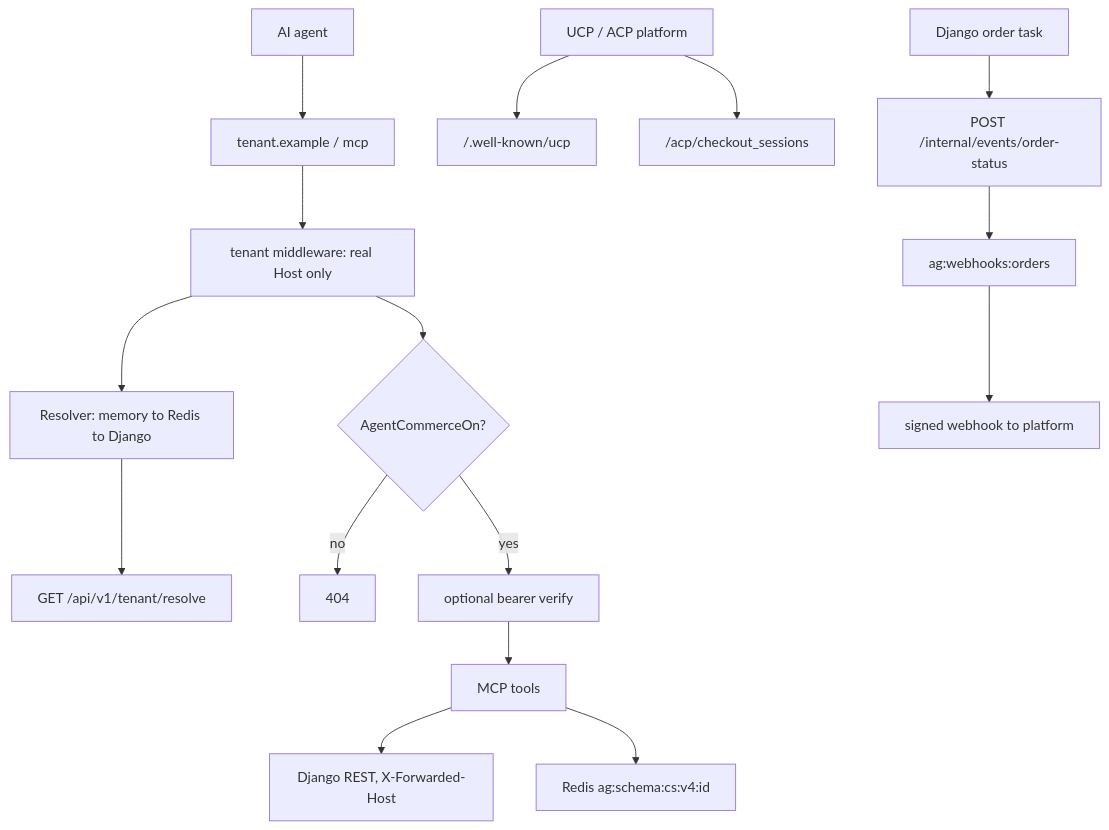
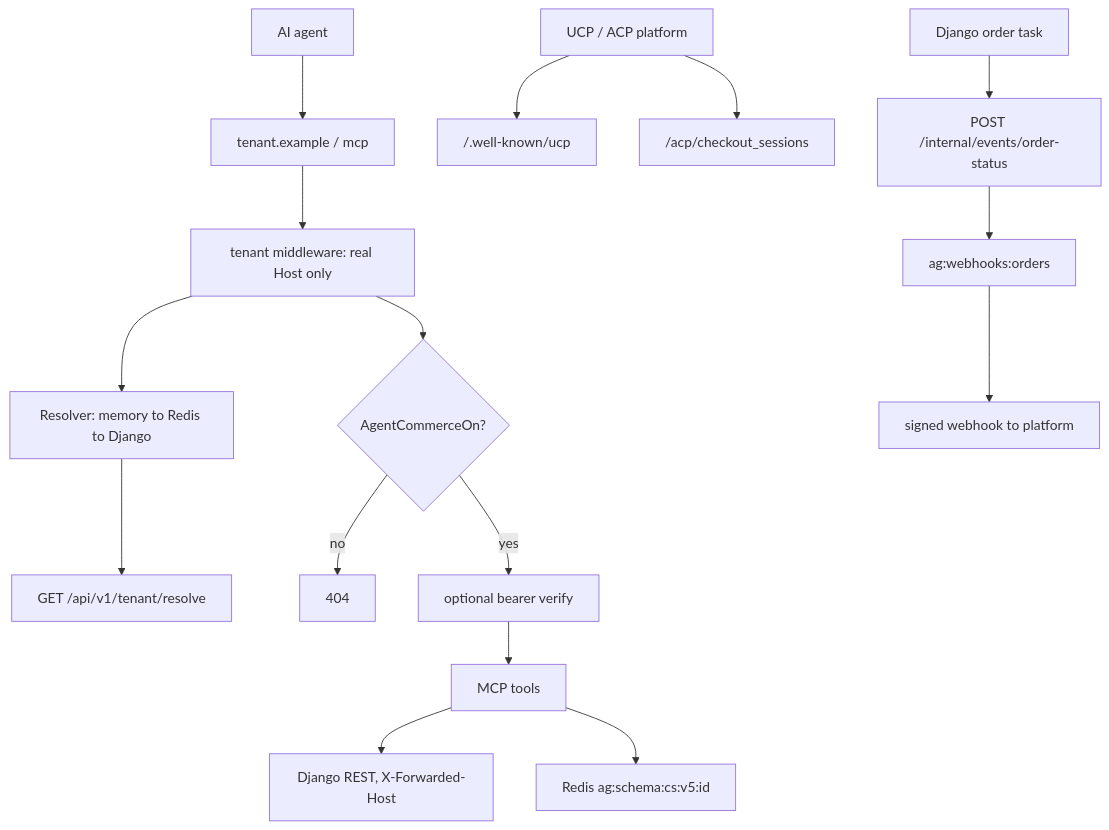
Before and after one commit to vasilistotskas/grooveshop-docs: the diagram in src/dev/flows/agentic-commerce.md, drawn with Mermaid. The commit also changed other lines of this file, not shown here.

````diff
--- a/src/dev/flows/agentic-commerce.md
+++ b/src/dev/flows/agentic-commerce.md
@@ -28,19 +28,19 @@
 ```mermaid
 flowchart TD
   Agent["AI agent"] --> Host["tenant.example / mcp"]
   Host --> MW["tenant middleware: real Host only"]
   MW --> Res["Resolver: memory to Redis to Django"]
   Res --> Django["GET /api/v1/tenant/resolve"]
   MW --> Gate{"AgentCommerceOn?"}
   Gate -- "no" --> NF["404"]
   Gate -- "yes" --> Ident["optional bearer verify"]
   Ident --> Tools["MCP tools"]
   Tools --> API["Django REST, X-Forwarded-Host"]
-  Tools --> Sess["Redis ag:schema:cs:v4:id"]
+  Tools --> Sess["Redis ag:schema:cs:v5:id"]
 
   Platform["UCP / ACP platform"] --> Profile["/.well-known/ucp"]
   Platform --> ACP["/acp/checkout_sessions"]
   DJ["Django order task"] --> Int["POST /internal/events/order-status"]
   Int --> Queue["ag:webhooks:orders"]
   Queue --> Hook["signed webhook to platform"]
 ```
````
